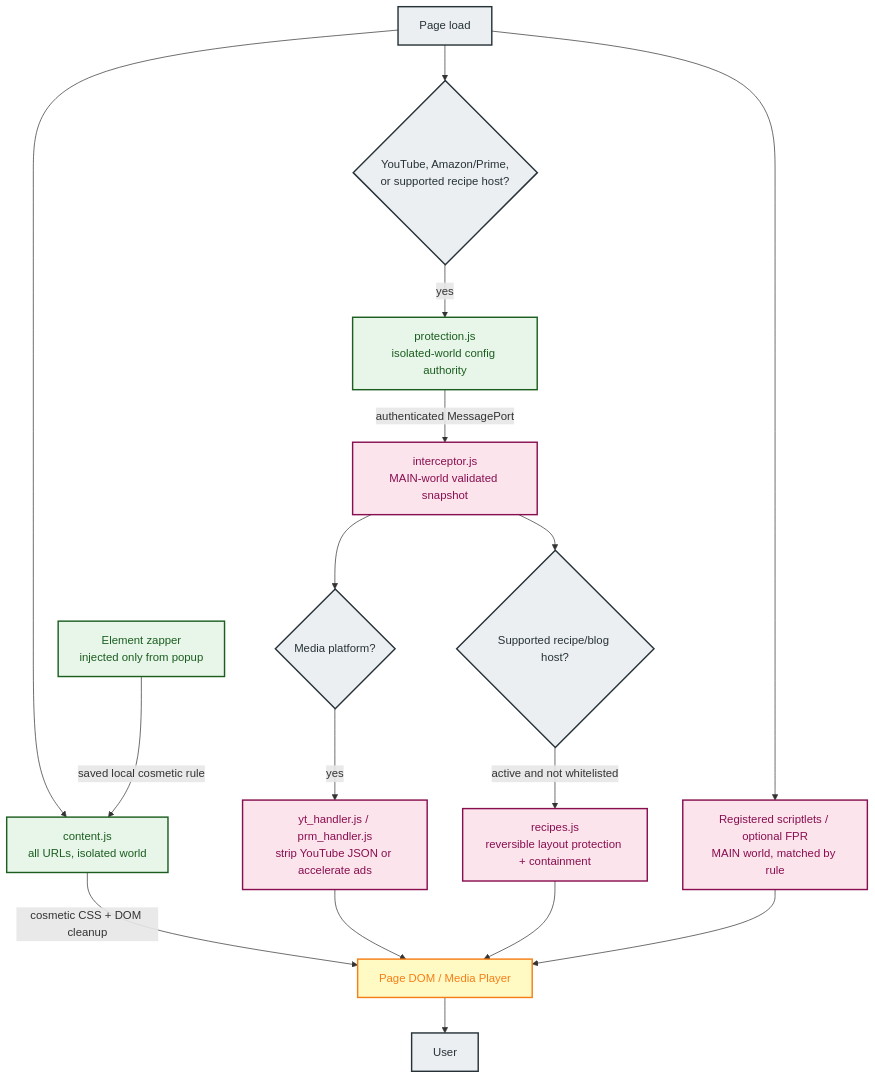
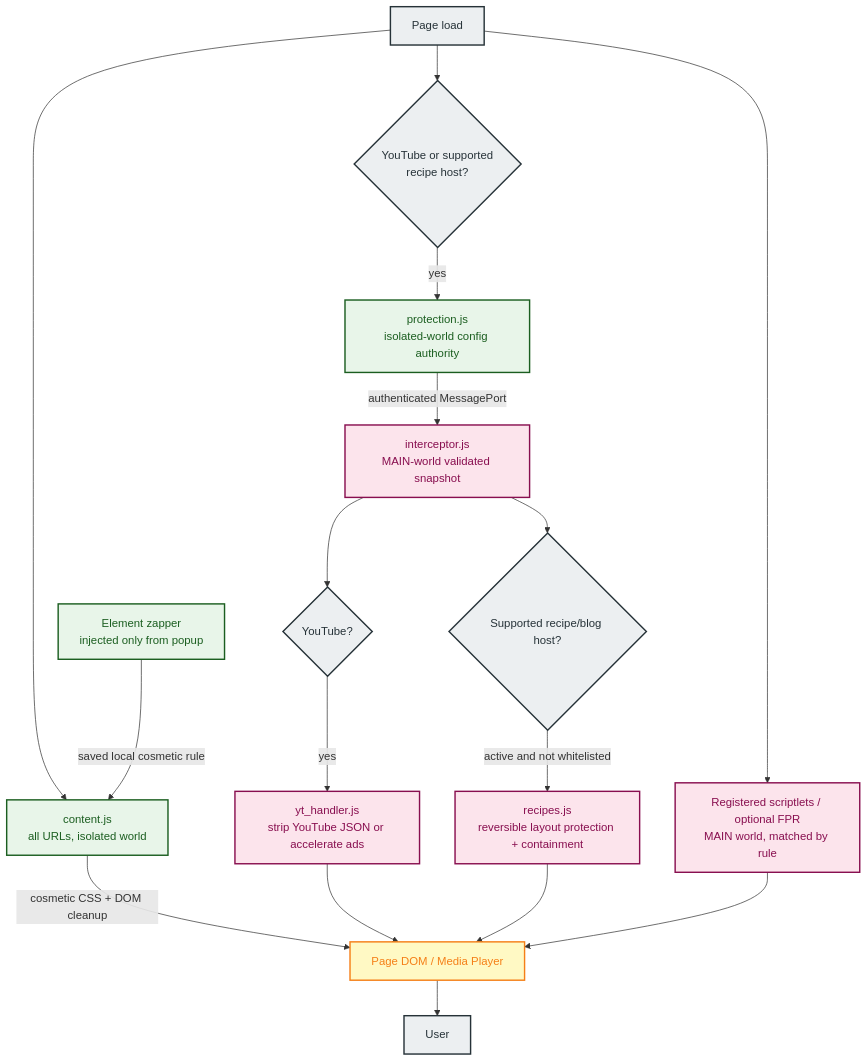
One commit to Dabrogost/Chroma-Ad-Blocker changed the first of 2 diagrams in docs/ARCHITECTURE.md. Above: the diagram before and after it, drawn with Mermaid. The commit also changed other lines of this file and 15 other files, not shown here.

Commit message:
chore(acceleration): temporarily disable Prime Video handler

````diff
--- a/docs/ARCHITECTURE.md
+++ b/docs/ARCHITECTURE.md
@@ -17,32 +17,32 @@
 ```mermaid
 graph TD
     classDef ext fill:#e8f5e9,color:#1b5e20,stroke:#1b5e20,stroke-width:2px
     classDef main fill:#fce4ec,color:#880e4f,stroke:#880e4f,stroke-width:2px
     classDef page fill:#fff9c4,color:#f57f17,stroke:#f57f17,stroke-width:2px
     classDef actor fill:#eceff1,color:#263238,stroke:#263238,stroke-width:2px
 
     LOAD["Page load"]:::actor
     PAGE["Page DOM / Media Player"]:::page
     USER["User"]:::actor
 
     LOAD --> CONTENT["content.js<br/>all URLs, isolated world"]:::ext
     CONTENT -->|"cosmetic CSS + DOM cleanup"| PAGE
 
-    LOAD --> BRIDGEHOST{"YouTube, Amazon/Prime,<br/>or supported recipe host?"}:::actor
+    LOAD --> BRIDGEHOST{"YouTube or supported<br/>recipe host?"}:::actor
     BRIDGEHOST -->|"yes"| PROTECTION["protection.js<br/>isolated-world config authority"]:::ext
     PROTECTION -->|"authenticated MessagePort"| INTERCEPTOR["interceptor.js<br/>MAIN-world validated snapshot"]:::main
-    INTERCEPTOR --> MEDIA{"Media platform?"}:::actor
-    MEDIA -->|"yes"| HANDLERS["yt_handler.js / prm_handler.js<br/>strip YouTube JSON or accelerate ads"]:::main
+    INTERCEPTOR --> MEDIA{"YouTube?"}:::actor
+    MEDIA -->|"yes"| HANDLERS["yt_handler.js<br/>strip YouTube JSON or accelerate ads"]:::main
     HANDLERS --> PAGE
 
     INTERCEPTOR --> RECIPES{"Supported recipe/blog host?"}:::actor
     RECIPES -->|"active and not whitelisted"| RECIPE["recipes.js<br/>reversible layout protection + containment"]:::main
     RECIPE --> PAGE
 
     LOAD --> SCRIPTLETS["Registered scriptlets / optional FPR<br/>MAIN world, matched by rule"]:::main
     SCRIPTLETS --> PAGE
 
     ZAP["Element zapper<br/>injected only from popup"]:::ext -->|"saved local cosmetic rule"| CONTENT
 
     PAGE --> USER
 ```
````
